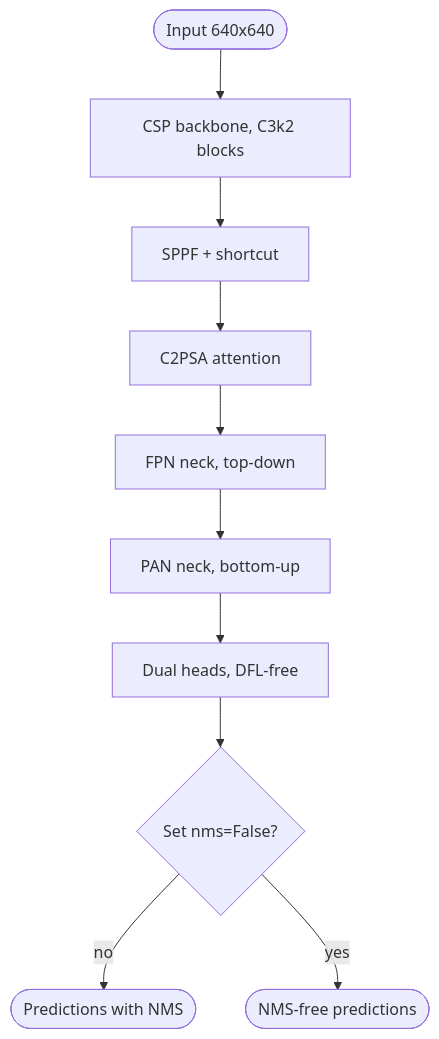
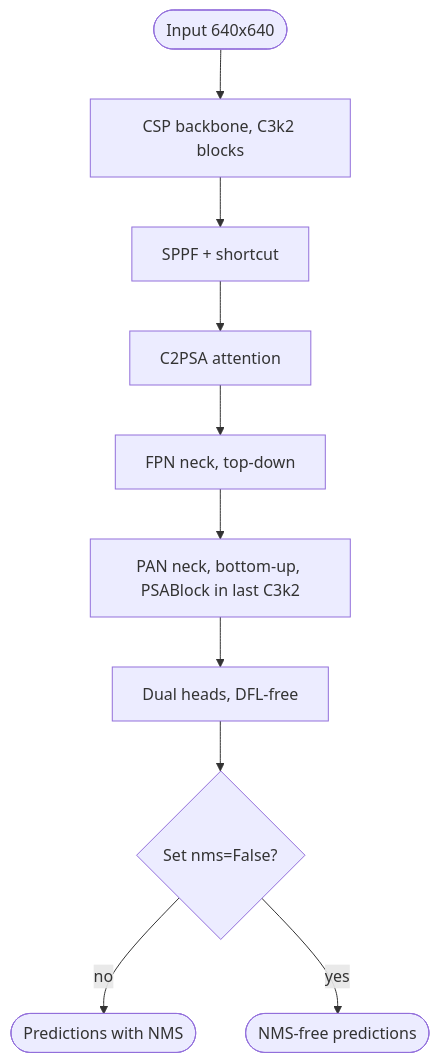
One commit to ultralytics/ultralytics changed the fifth of 5 diagrams in docs/en/guides/yolo-architecture.md. Above: the diagram before and after it, drawn with Mermaid.

Commit message:
Show the YOLO26 neck PSABlock in its architecture diagram

````diff
--- a/docs/en/guides/yolo-architecture.md
+++ b/docs/en/guides/yolo-architecture.md
@@ -79,12 +79,12 @@
     ```mermaid
     flowchart TD
         IN([Input 640x640]) --> BB["CSP backbone, C3k2 blocks"]
         BB --> SP[SPPF + shortcut]
         SP --> PSA[C2PSA attention]
         PSA --> FPN["FPN neck, top-down"]
-        FPN --> PAN["PAN neck, bottom-up"]
+        FPN --> PAN["PAN neck, bottom-up, PSABlock in last C3k2"]
         PAN --> HD["Dual heads, DFL-free"]
         HD --> Q{"Set nms=False?"}
         Q -->|no| O1([Predictions with NMS])
         Q -->|yes| O2([NMS-free predictions])
     ```
````
